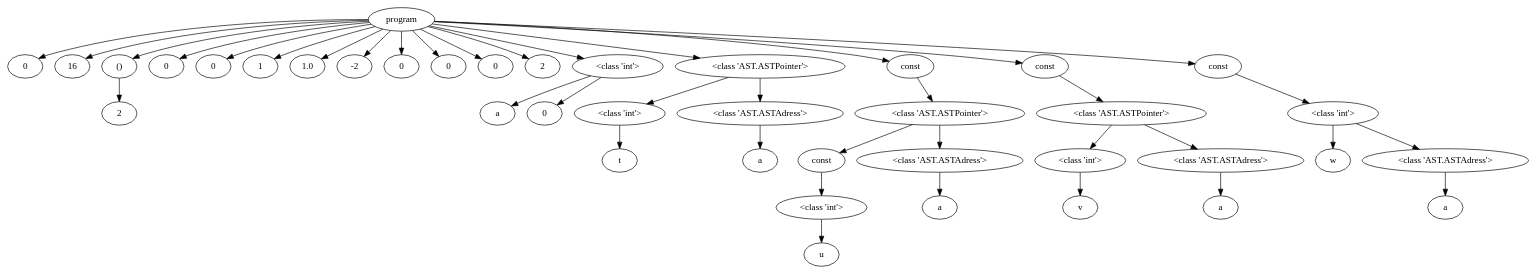
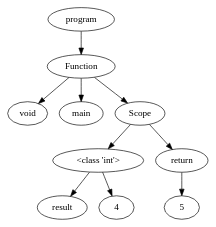
The diagram in OutputFiles/dotVisualization.dot (NielsVandenBroeck/COMP_Compiler), drawn with Graphviz before and after one commit. The commit also changed 13 other files, not shown here.

```diff
--- a/OutputFiles/dotVisualization.dot
+++ b/OutputFiles/dotVisualization.dot
@@ -1,98 +1,25 @@
 digraph G { 
-"<AST.AST object at 0x00000122AFE91250> (0)"[label="program"]
-"<AST.AST object at 0x00000122AFEA00A0> (1)"[label="0"]
-"<AST.AST object at 0x00000122AFE91250> (0)"->"<AST.AST object at 0x00000122AFEA00A0> (1)"
-"<AST.AST object at 0x00000122AFEA07C0> (1)"[label="16"]
-"<AST.AST object at 0x00000122AFE91250> (0)"->"<AST.AST object at 0x00000122AFEA07C0> (1)"
-"<AST.AST object at 0x00000122AFEA0880> (1)"[label="()"]
-"<AST.AST object at 0x00000122AFE91250> (0)"->"<AST.AST object at 0x00000122AFEA0880> (1)"
-"<AST.AST object at 0x00000122AFEA0880> (1)"[label="()"]
-"<AST.AST object at 0x00000122AFEA0820> (2)"[label="2"]
-"<AST.AST object at 0x00000122AFEA0880> (1)"->"<AST.AST object at 0x00000122AFEA0820> (2)"
-"<AST.AST object at 0x00000122AFEA09A0> (1)"[label="0"]
-"<AST.AST object at 0x00000122AFE91250> (0)"->"<AST.AST object at 0x00000122AFEA09A0> (1)"
-"<AST.AST object at 0x00000122AFEA0AC0> (1)"[label="0"]
-"<AST.AST object at 0x00000122AFE91250> (0)"->"<AST.AST object at 0x00000122AFEA0AC0> (1)"
-"<AST.AST object at 0x00000122AFEA0D60> (1)"[label="1"]
-"<AST.AST object at 0x00000122AFE91250> (0)"->"<AST.AST object at 0x00000122AFEA0D60> (1)"
-"<AST.AST object at 0x00000122AFEA0E80> (1)"[label="1.0"]
-"<AST.AST object at 0x00000122AFE91250> (0)"->"<AST.AST object at 0x00000122AFEA0E80> (1)"
-"<AST.AST object at 0x00000122AFEA30A0> (1)"[label="-2"]
-"<AST.AST object at 0x00000122AFE91250> (0)"->"<AST.AST object at 0x00000122AFEA30A0> (1)"
-"<AST.AST object at 0x00000122AFEA3340> (1)"[label="0"]
-"<AST.AST object at 0x00000122AFE91250> (0)"->"<AST.AST object at 0x00000122AFEA3340> (1)"
-"<AST.AST object at 0x00000122AFEA3460> (1)"[label="0"]
-"<AST.AST object at 0x00000122AFE91250> (0)"->"<AST.AST object at 0x00000122AFEA3460> (1)"
-"<AST.AST object at 0x00000122AFEA3580> (1)"[label="0"]
-"<AST.AST object at 0x00000122AFE91250> (0)"->"<AST.AST object at 0x00000122AFEA3580> (1)"
-"<AST.AST object at 0x00000122AFEA36A0> (1)"[label="2"]
-"<AST.AST object at 0x00000122AFE91250> (0)"->"<AST.AST object at 0x00000122AFEA36A0> (1)"
-"<AST.ASTDataType object at 0x00000122AFEA3760> (1)"[label="<class 'int'>"]
-"<AST.AST object at 0x00000122AFE91250> (0)"->"<AST.ASTDataType object at 0x00000122AFEA3760> (1)"
-"<AST.ASTDataType object at 0x00000122AFEA3760> (1)"[label="<class 'int'>"]
-"<AST.ASTVariable object at 0x00000122AFEA3700> (2)"[label="a"]
-"<AST.ASTDataType object at 0x00000122AFEA3760> (1)"->"<AST.ASTVariable object at 0x00000122AFEA3700> (2)"
-"<AST.AST object at 0x00000122AFEA37F0> (2)"[label="0"]
-"<AST.ASTDataType object at 0x00000122AFEA3760> (1)"->"<AST.AST object at 0x00000122AFEA37F0> (2)"
-"<AST.ASTPointer object at 0x00000122AFEA39D0> (1)"[label="<class 'AST.ASTPointer'>"]
-"<AST.AST object at 0x00000122AFE91250> (0)"->"<AST.ASTPointer object at 0x00000122AFEA39D0> (1)"
-"<AST.ASTPointer object at 0x00000122AFEA39D0> (1)"[label="<class 'AST.ASTPointer'>"]
-"<AST.ASTDataType object at 0x00000122AFEA38B0> (2)"[label="<class 'int'>"]
-"<AST.ASTPointer object at 0x00000122AFEA39D0> (1)"->"<AST.ASTDataType object at 0x00000122AFEA38B0> (2)"
-"<AST.ASTDataType object at 0x00000122AFEA38B0> (2)"[label="<class 'int'>"]
-"<AST.ASTVariable object at 0x00000122AFEA3880> (3)"[label="t"]
-"<AST.ASTDataType object at 0x00000122AFEA38B0> (2)"->"<AST.ASTVariable object at 0x00000122AFEA3880> (3)"
-"<AST.ASTAdress object at 0x00000122AFEA3A00> (2)"[label="<class 'AST.ASTAdress'>"]
-"<AST.ASTPointer object at 0x00000122AFEA39D0> (1)"->"<AST.ASTAdress object at 0x00000122AFEA3A00> (2)"
-"<AST.ASTAdress object at 0x00000122AFEA3A00> (2)"[label="<class 'AST.ASTAdress'>"]
-"<AST.ASTVariable object at 0x00000122AFEA39A0> (3)"[label="a"]
-"<AST.ASTAdress object at 0x00000122AFEA3A00> (2)"->"<AST.ASTVariable object at 0x00000122AFEA39A0> (3)"
-"<AST.ASTConst object at 0x00000122AFEA3C10> (1)"[label="const"]
-"<AST.AST object at 0x00000122AFE91250> (0)"->"<AST.ASTConst object at 0x00000122AFEA3C10> (1)"
-"<AST.ASTConst object at 0x00000122AFEA3C10> (1)"[label="const"]
-"<AST.ASTPointer object at 0x00000122AFEA3BE0> (2)"[label="<class 'AST.ASTPointer'>"]
-"<AST.ASTConst object at 0x00000122AFEA3C10> (1)"->"<AST.ASTPointer object at 0x00000122AFEA3BE0> (2)"
-"<AST.ASTPointer object at 0x00000122AFEA3BE0> (2)"[label="<class 'AST.ASTPointer'>"]
-"<AST.ASTConst object at 0x00000122AFEA3B50> (3)"[label="const"]
-"<AST.ASTPointer object at 0x00000122AFEA3BE0> (2)"->"<AST.ASTConst object at 0x00000122AFEA3B50> (3)"
-"<AST.ASTConst object at 0x00000122AFEA3B50> (3)"[label="const"]
-"<AST.ASTDataType object at 0x00000122AFEA3A90> (4)"[label="<class 'int'>"]
-"<AST.ASTConst object at 0x00000122AFEA3B50> (3)"->"<AST.ASTDataType object at 0x00000122AFEA3A90> (4)"
-"<AST.ASTDataType object at 0x00000122AFEA3A90> (4)"[label="<class 'int'>"]
-"<AST.ASTVariable object at 0x00000122AFEA3A60> (5)"[label="u"]
-"<AST.ASTDataType object at 0x00000122AFEA3A90> (4)"->"<AST.ASTVariable object at 0x00000122AFEA3A60> (5)"
-"<AST.ASTAdress object at 0x00000122AFEA3CA0> (3)"[label="<class 'AST.ASTAdress'>"]
-"<AST.ASTPointer object at 0x00000122AFEA3BE0> (2)"->"<AST.ASTAdress object at 0x00000122AFEA3CA0> (3)"
-"<AST.ASTAdress object at 0x00000122AFEA3CA0> (3)"[label="<class 'AST.ASTAdress'>"]
-"<AST.ASTVariable object at 0x00000122AFEA3C70> (4)"[label="a"]
-"<AST.ASTAdress object at 0x00000122AFEA3CA0> (3)"->"<AST.ASTVariable object at 0x00000122AFEA3C70> (4)"
-"<AST.ASTConst object at 0x00000122AFEA3EB0> (1)"[label="const"]
-"<AST.AST object at 0x00000122AFE91250> (0)"->"<AST.ASTConst object at 0x00000122AFEA3EB0> (1)"
-"<AST.ASTConst object at 0x00000122AFEA3EB0> (1)"[label="const"]
-"<AST.ASTPointer object at 0x00000122AFEA3E20> (2)"[label="<class 'AST.ASTPointer'>"]
-"<AST.ASTConst object at 0x00000122AFEA3EB0> (1)"->"<AST.ASTPointer object at 0x00000122AFEA3E20> (2)"
-"<AST.ASTPointer object at 0x00000122AFEA3E20> (2)"[label="<class 'AST.ASTPointer'>"]
-"<AST.ASTDataType object at 0x00000122AFEA3D90> (3)"[label="<class 'int'>"]
-"<AST.ASTPointer object at 0x00000122AFEA3E20> (2)"->"<AST.ASTDataType object at 0x00000122AFEA3D90> (3)"
-"<AST.ASTDataType object at 0x00000122AFEA3D90> (3)"[label="<class 'int'>"]
-"<AST.ASTVariable object at 0x00000122AFEA3D00> (4)"[label="v"]
-"<AST.ASTDataType object at 0x00000122AFEA3D90> (3)"->"<AST.ASTVariable object at 0x00000122AFEA3D00> (4)"
-"<AST.ASTAdress object at 0x00000122AFEA3F40> (3)"[label="<class 'AST.ASTAdress'>"]
-"<AST.ASTPointer object at 0x00000122AFEA3E20> (2)"->"<AST.ASTAdress object at 0x00000122AFEA3F40> (3)"
-"<AST.ASTAdress object at 0x00000122AFEA3F40> (3)"[label="<class 'AST.ASTAdress'>"]
-"<AST.ASTVariable object at 0x00000122AFEA3EE0> (4)"[label="a"]
-"<AST.ASTAdress object at 0x00000122AFEA3F40> (3)"->"<AST.ASTVariable object at 0x00000122AFEA3EE0> (4)"
-"<AST.ASTConst object at 0x00000122AFEA50D0> (1)"[label="const"]
-"<AST.AST object at 0x00000122AFE91250> (0)"->"<AST.ASTConst object at 0x00000122AFEA50D0> (1)"
-"<AST.ASTConst object at 0x00000122AFEA50D0> (1)"[label="const"]
-"<AST.ASTDataType object at 0x00000122AFEA5040> (2)"[label="<class 'int'>"]
-"<AST.ASTConst object at 0x00000122AFEA50D0> (1)"->"<AST.ASTDataType object at 0x00000122AFEA5040> (2)"
-"<AST.ASTDataType object at 0x00000122AFEA5040> (2)"[label="<class 'int'>"]
-"<AST.ASTVariable object at 0x00000122AFEA3FA0> (3)"[label="w"]
-"<AST.ASTDataType object at 0x00000122AFEA5040> (2)"->"<AST.ASTVariable object at 0x00000122AFEA3FA0> (3)"
-"<AST.ASTAdress object at 0x00000122AFEA5190> (3)"[label="<class 'AST.ASTAdress'>"]
-"<AST.ASTDataType object at 0x00000122AFEA5040> (2)"->"<AST.ASTAdress object at 0x00000122AFEA5190> (3)"
-"<AST.ASTAdress object at 0x00000122AFEA5190> (3)"[label="<class 'AST.ASTAdress'>"]
-"<AST.ASTVariable object at 0x00000122AFEA5160> (4)"[label="a"]
-"<AST.ASTAdress object at 0x00000122AFEA5190> (3)"->"<AST.ASTVariable object at 0x00000122AFEA5160> (4)"
+"<AST.AST object at 0x000001E33A7D1220> (0)"[label="program"]
+"<AST.ASTFunction object at 0x000001E33A7D1340> (1)"[label="Function"]
+"<AST.AST object at 0x000001E33A7D1220> (0)"->"<AST.ASTFunction object at 0x000001E33A7D1340> (1)"
+"<AST.ASTFunction object at 0x000001E33A7D1340> (1)"[label="Function"]
+"<AST.ASTVoid object at 0x000001E33A7D1F40> (2)"[label="void"]
+"<AST.ASTFunction object at 0x000001E33A7D1340> (1)"->"<AST.ASTVoid object at 0x000001E33A7D1F40> (2)"
+"<AST.ASTVariable object at 0x000001E33A7D1F10> (2)"[label="main"]
+"<AST.ASTFunction object at 0x000001E33A7D1340> (1)"->"<AST.ASTVariable object at 0x000001E33A7D1F10> (2)"
+"<AST.ASTScope object at 0x000001E33A7D12E0> (2)"[label="Scope"]
+"<AST.ASTFunction object at 0x000001E33A7D1340> (1)"->"<AST.ASTScope object at 0x000001E33A7D12E0> (2)"
+"<AST.ASTScope object at 0x000001E33A7D12E0> (2)"[label="Scope"]
+"<AST.ASTDataType object at 0x000001E33A7D1D30> (3)"[label="<class 'int'>"]
+"<AST.ASTScope object at 0x000001E33A7D12E0> (2)"->"<AST.ASTDataType object at 0x000001E33A7D1D30> (3)"
+"<AST.ASTDataType object at 0x000001E33A7D1D30> (3)"[label="<class 'int'>"]
+"<AST.ASTVariable object at 0x000001E33A7D1EE0> (4)"[label="result"]
+"<AST.ASTDataType object at 0x000001E33A7D1D30> (3)"->"<AST.ASTVariable object at 0x000001E33A7D1EE0> (4)"
+"<AST.AST object at 0x000001E33A7D1EB0> (4)"[label="4"]
+"<AST.ASTDataType object at 0x000001E33A7D1D30> (3)"->"<AST.AST object at 0x000001E33A7D1EB0> (4)"
+"<AST.ASTReturn object at 0x000001E33A7D1970> (3)"[label="return"]
+"<AST.ASTScope object at 0x000001E33A7D12E0> (2)"->"<AST.ASTReturn object at 0x000001E33A7D1970> (3)"
+"<AST.ASTReturn object at 0x000001E33A7D1970> (3)"[label="return"]
+"<AST.AST object at 0x000001E33A7D85E0> (4)"[label="5"]
+"<AST.ASTReturn object at 0x000001E33A7D1970> (3)"->"<AST.AST object at 0x000001E33A7D85E0> (4)"
 }
```
